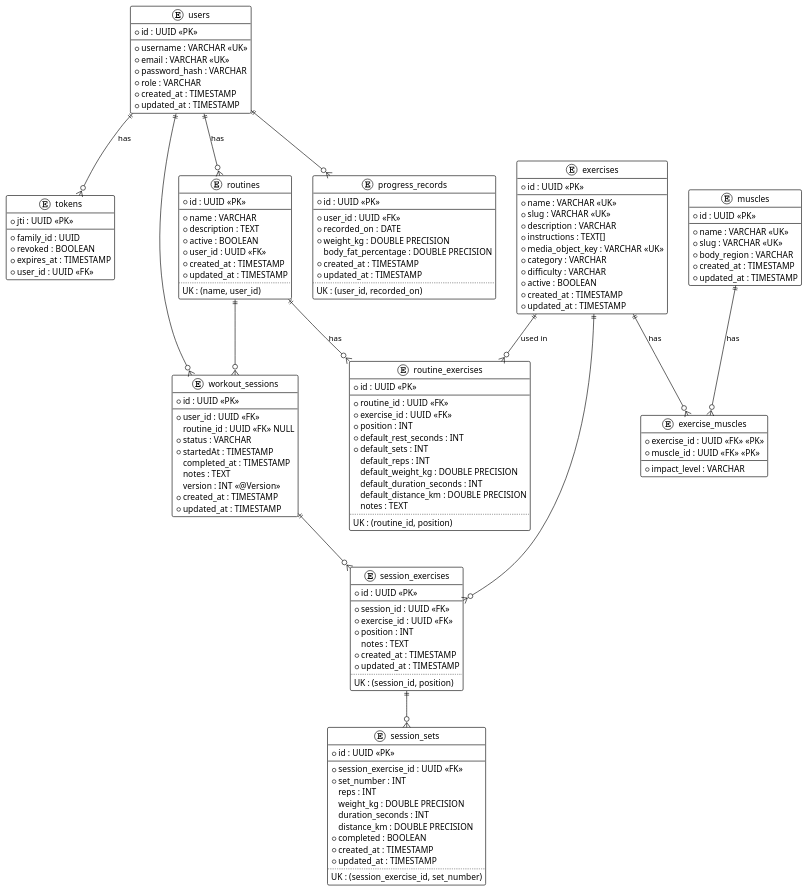
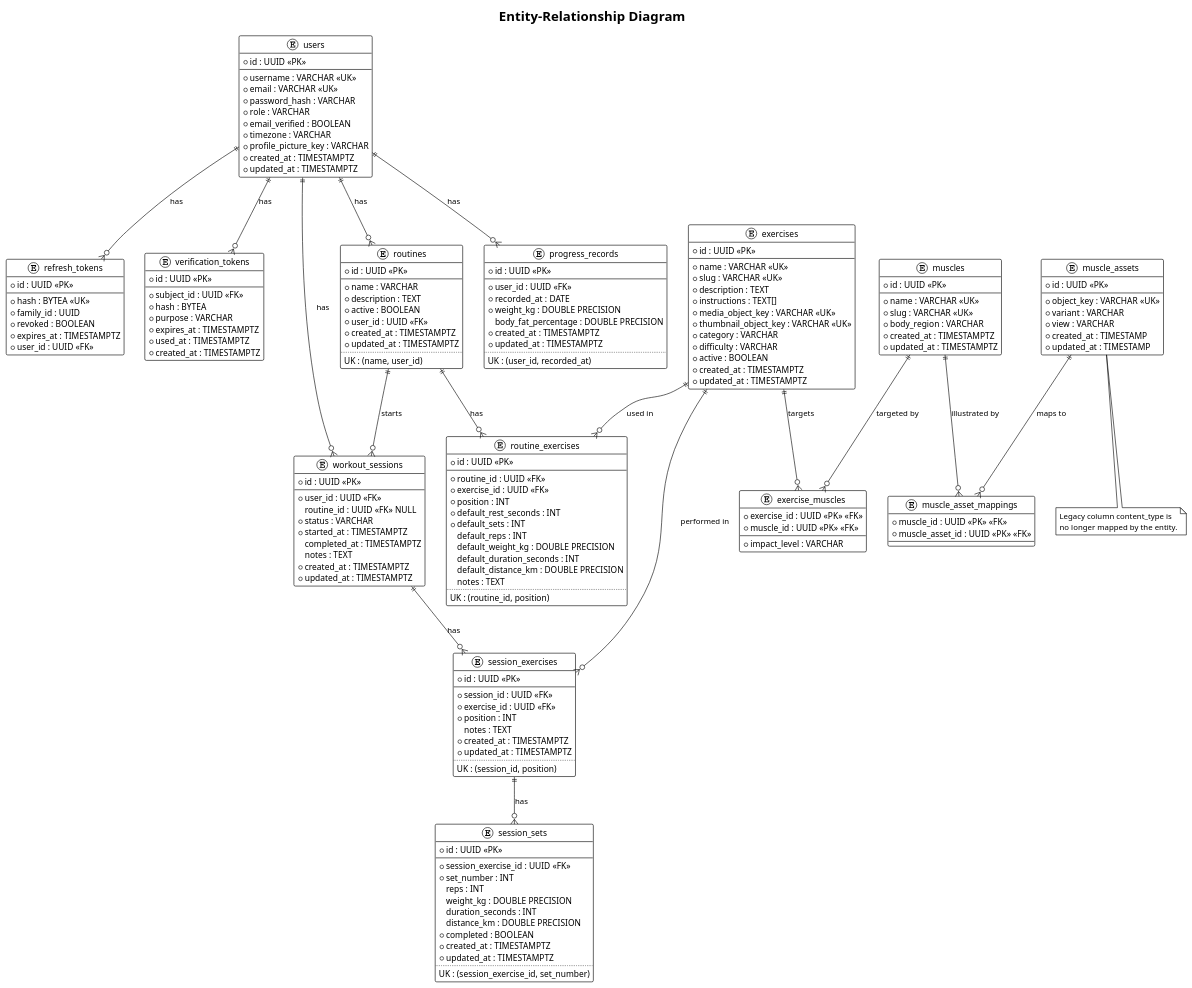
The diagram in docs/er.puml (genesshoan/fitness-tracker-api), drawn with PlantUML before and after one commit. The commit also changed 26 other files, not shown here.

First line of the commit message:
docs: sync api and architecture documentation with the implementation

```diff
--- a/docs/er.puml
+++ b/docs/er.puml
@@ -1,155 +1,195 @@
 @startuml
 !theme plain
+
+title Entity-Relationship Diagram
 
 entity "users" {
     * id : UUID <<PK>>
     --
     * username : VARCHAR <<UK>>
     * email : VARCHAR <<UK>>
     * password_hash : VARCHAR
     * role : VARCHAR
-    * created_at : TIMESTAMP
-    * updated_at : TIMESTAMP
+    * email_verified : BOOLEAN
+    * timezone : VARCHAR
+    * profile_picture_key : VARCHAR
+    * created_at : TIMESTAMPTZ
+    * updated_at : TIMESTAMPTZ
 }
 
-entity "tokens" {
-    * jti : UUID <<PK>>
+entity "refresh_tokens" {
+    * id : UUID <<PK>>
     --
+    * hash : BYTEA <<UK>>
     * family_id : UUID
     * revoked : BOOLEAN
-    * expires_at : TIMESTAMP
+    * expires_at : TIMESTAMPTZ
     * user_id : UUID <<FK>>
+}
+
+entity "verification_tokens" {
+    * id : UUID <<PK>>
+    --
+    * subject_id : UUID <<FK>>
+    * hash : BYTEA
+    * purpose : VARCHAR
+    * expires_at : TIMESTAMPTZ
+    * used_at : TIMESTAMPTZ
+    * created_at : TIMESTAMPTZ
 }
 
 entity "muscles" {
     * id : UUID <<PK>>
     --
     * name : VARCHAR <<UK>>
     * slug : VARCHAR <<UK>>
     * body_region : VARCHAR
+    * created_at : TIMESTAMPTZ
+    * updated_at : TIMESTAMPTZ
+}
+
+entity "muscle_assets" {
+    * id : UUID <<PK>>
+    --
+    * object_key : VARCHAR <<UK>>
+    * variant : VARCHAR
+    * view : VARCHAR
     * created_at : TIMESTAMP
     * updated_at : TIMESTAMP
+}
+
+entity "muscle_asset_mappings" {
+    * muscle_id : UUID <<PK>> <<FK>>
+    * muscle_asset_id : UUID <<PK>> <<FK>>
 }
 
 entity "exercises" {
     * id : UUID <<PK>>
     --
     * name : VARCHAR <<UK>>
     * slug : VARCHAR <<UK>>
-    * description : VARCHAR
+    * description : TEXT
     * instructions : TEXT[]
     * media_object_key : VARCHAR <<UK>>
+    * thumbnail_object_key : VARCHAR <<UK>>
     * category : VARCHAR
     * difficulty : VARCHAR
     * active : BOOLEAN
-    * created_at : TIMESTAMP
-    * updated_at : TIMESTAMP
+    * created_at : TIMESTAMPTZ
+    * updated_at : TIMESTAMPTZ
 }
 
 entity "exercise_muscles" {
-    * exercise_id : UUID <<FK>> <<PK>>
-    * muscle_id : UUID <<FK>> <<PK>>
+    * exercise_id : UUID <<PK>> <<FK>>
+    * muscle_id : UUID <<PK>> <<FK>>
     --
     * impact_level : VARCHAR
 }
 
 entity "routines" {
     * id : UUID <<PK>>
     --
     * name : VARCHAR
     * description : TEXT
     * active : BOOLEAN
     * user_id : UUID <<FK>>
-    * created_at : TIMESTAMP
-    * updated_at : TIMESTAMP
+    * created_at : TIMESTAMPTZ
+    * updated_at : TIMESTAMPTZ
     ..
     UK : (name, user_id)
 }
 
 entity "routine_exercises" {
     * id : UUID <<PK>>
     --
     * routine_id : UUID <<FK>>
     * exercise_id : UUID <<FK>>
     * position : INT
     * default_rest_seconds : INT
     * default_sets : INT
     default_reps : INT
     default_weight_kg : DOUBLE PRECISION
     default_duration_seconds : INT
     default_distance_km : DOUBLE PRECISION
     notes : TEXT
     ..
     UK : (routine_id, position)
 }
 
 entity "workout_sessions" {
     * id : UUID <<PK>>
     --
     * user_id : UUID <<FK>>
     routine_id : UUID <<FK>> NULL
     * status : VARCHAR
-    * startedAt : TIMESTAMP
-    completed_at : TIMESTAMP
+    * started_at : TIMESTAMPTZ
+    completed_at : TIMESTAMPTZ
     notes : TEXT
-    version : INT <<@Version>>
-    * created_at : TIMESTAMP
-    * updated_at : TIMESTAMP
+    * created_at : TIMESTAMPTZ
+    * updated_at : TIMESTAMPTZ
 }
 
 entity "session_exercises" {
     * id : UUID <<PK>>
     --
     * session_id : UUID <<FK>>
     * exercise_id : UUID <<FK>>
     * position : INT
     notes : TEXT
-    * created_at : TIMESTAMP
-    * updated_at : TIMESTAMP
+    * created_at : TIMESTAMPTZ
+    * updated_at : TIMESTAMPTZ
     ..
     UK : (session_id, position)
 }
 
 entity "session_sets" {
     * id : UUID <<PK>>
     --
     * session_exercise_id : UUID <<FK>>
     * set_number : INT
     reps : INT
     weight_kg : DOUBLE PRECISION
     duration_seconds : INT
     distance_km : DOUBLE PRECISION
     * completed : BOOLEAN
-    * created_at : TIMESTAMP
-    * updated_at : TIMESTAMP
+    * created_at : TIMESTAMPTZ
+    * updated_at : TIMESTAMPTZ
     ..
     UK : (session_exercise_id, set_number)
 }
 
 entity "progress_records" {
     * id : UUID <<PK>>
     --
     * user_id : UUID <<FK>>
-    * recorded_on : DATE
+    * recorded_at : DATE
     * weight_kg : DOUBLE PRECISION
     body_fat_percentage : DOUBLE PRECISION
-    * created_at : TIMESTAMP
-    * updated_at : TIMESTAMP
+    * created_at : TIMESTAMPTZ
+    * updated_at : TIMESTAMPTZ
     ..
-    UK : (user_id, recorded_on)
+    UK : (user_id, recorded_at)
 }
 
-"exercises" ||--o{ "exercise_muscles" : "has"
-"muscles" ||--o{ "exercise_muscles" : "has"
-"users" ||--o{ "tokens" : "has"
+"users" ||--o{ "refresh_tokens" : "has"
+"users" ||--o{ "verification_tokens" : "has"
 "users" ||--o{ "routines" : "has"
+"users" ||--o{ "workout_sessions" : "has"
+"users" ||--o{ "progress_records" : "has"
 "routines" ||--o{ "routine_exercises" : "has"
+"routines" ||--o{ "workout_sessions" : "starts"
 "exercises" ||--o{ "routine_exercises" : "used in"
-"users" ||--o{ "workout_sessions"
-"routines" ||--o{ "workout_sessions"
-"workout_sessions" ||--o{ "session_exercises"
-"exercises" ||--o{ "session_exercises"
-"session_exercises" ||--o{ "session_sets"
-"users" ||--o{ "progress_records"
+"exercises" ||--o{ "session_exercises" : "performed in"
+"workout_sessions" ||--o{ "session_exercises" : "has"
+"session_exercises" ||--o{ "session_sets" : "has"
+"exercises" ||--o{ "exercise_muscles" : "targets"
+"muscles" ||--o{ "exercise_muscles" : "targeted by"
+"muscles" ||--o{ "muscle_asset_mappings" : "illustrated by"
+"muscle_assets" ||--o{ "muscle_asset_mappings" : "maps to"
+
+note bottom of muscle_assets
+  Legacy column content_type is
+  no longer mapped by the entity.
+end note
 
 @enduml
```
